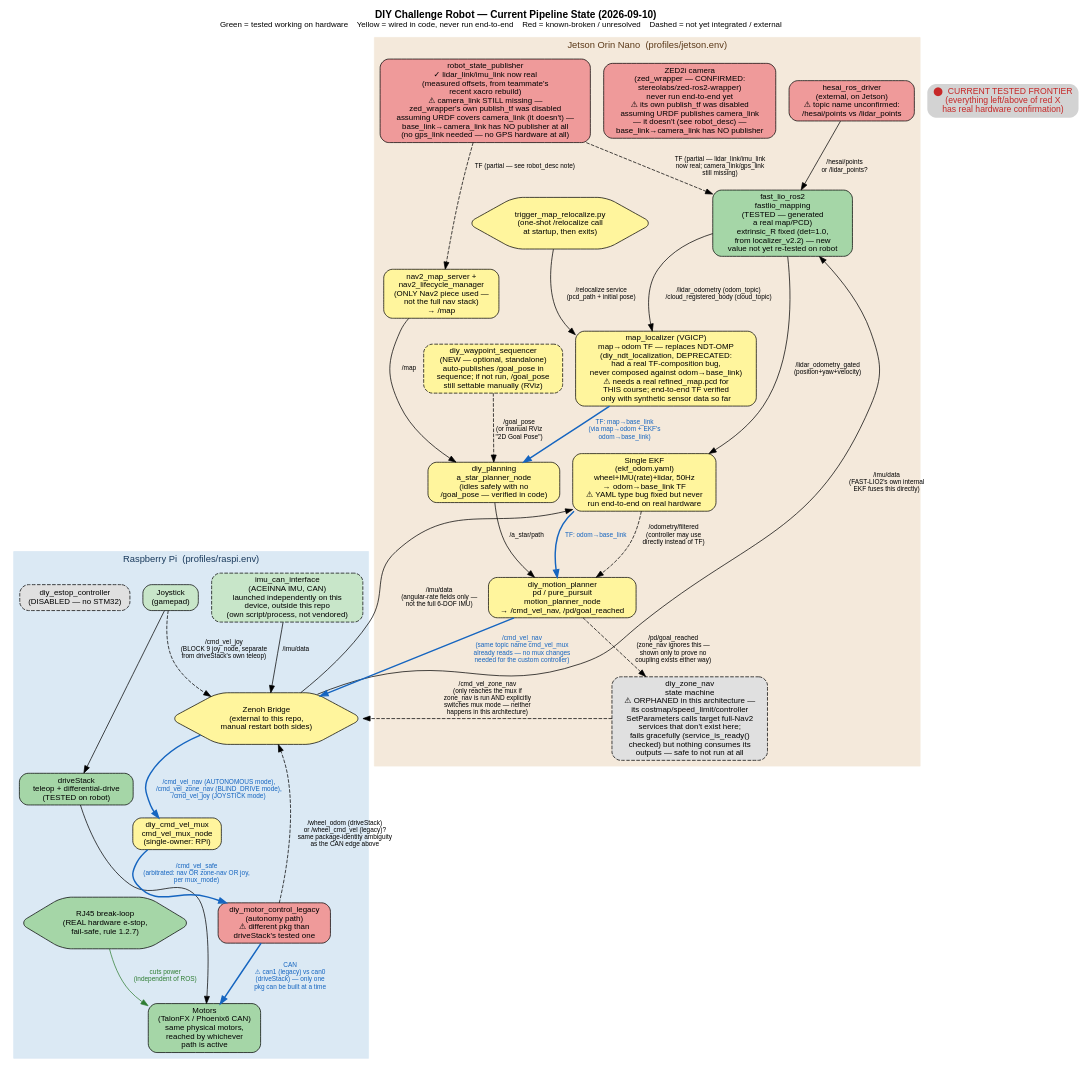
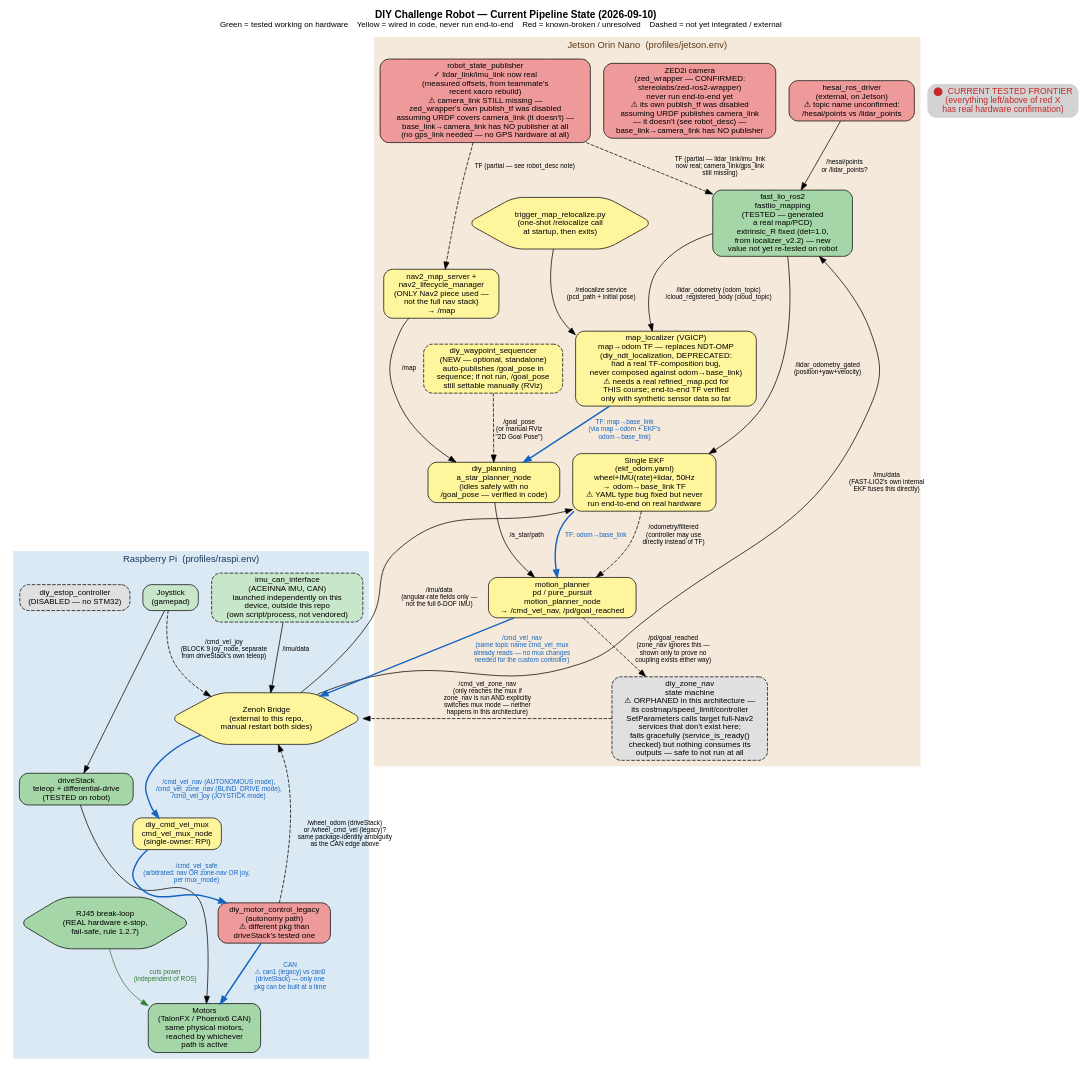
The diagram in docs/pipeline_diagram.dot (Betsybots/DIY-Challenge-Repo), drawn with Graphviz before and after one commit. The commit also changed 68 other files, not shown here.

```diff
--- a/docs/pipeline_diagram.dot
+++ b/docs/pipeline_diagram.dot
@@ -1,85 +1,85 @@
 digraph DIY_Challenge_Pipeline {
   rankdir=TB;
   fontname="Helvetica";
   labelloc="t";
   label=<<b>DIY Challenge Robot — Current Pipeline State (2026-09-10)</b><br/><font point-size="11">Green = tested working on hardware &#160;&#160; Yellow = wired in code, never run end-to-end &#160;&#160; Red = known-broken / unresolved &#160;&#160; Dashed = not yet integrated / external</font>>;
   node [fontname="Helvetica" fontsize=11 shape=box style="rounded,filled"];
   edge [fontname="Helvetica" fontsize=9];
 
   // ===================== RASPBERRY PI =====================
   subgraph cluster_raspi {
     label="Raspberry Pi  (profiles/raspi.env)";
     style=filled; color="#dbe9f4"; fontsize=13; fontcolor="#1a3a5c";
 
     joy       [label="Joystick\n(gamepad)"      fillcolor="#c8e6c9"];
     driveStackTeleop [label="driveStack\nteleop + differential-drive\n(TESTED on robot)" fillcolor="#a5d6a7"];
     motors_manual [label="Motors\n(TalonFX / Phoenix6 CAN)\nsame physical motors,\nreached by whichever\npath is active" fillcolor="#a5d6a7"];
 
     imu_can   [label="imu_can_interface\n(ACEINNA IMU, CAN)\nlaunched independently on this\ndevice, outside this repo\n(own script/process, not vendored)" fillcolor="#c8e6c9" style="rounded,filled,dashed"];
 
     cmd_vel_mux [label="diy_cmd_vel_mux\ncmd_vel_mux_node\n(single-owner: RPi)" fillcolor="#fff59d"];
     motor_auto  [label="diy_motor_control_legacy\n(autonomy path)\n⚠ different pkg than\ndriveStack's tested one" fillcolor="#ef9a9a"];
     estop_ctrl  [label="diy_estop_controller\n(DISABLED — no STM32)" fillcolor="#e0e0e0" style="rounded,filled,dashed"];
     rjbreak     [label="RJ45 break-loop\n(REAL hardware e-stop,\nfail-safe, rule 1.2.7)" shape=hexagon fillcolor="#a5d6a7"];
 
     joy -> driveStackTeleop -> motors_manual;
     rjbreak -> motors_manual [label="cuts power\n(independent of ROS)" color="#2e7d32" fontcolor="#2e7d32"];
 
     cmd_vel_mux -> motor_auto [label="/cmd_vel_safe\n(arbitrated: nav OR zone-nav OR joy,\nper mux_mode)" color="#1565c0" fontcolor="#1565c0" penwidth=2];
     motor_auto -> motors_manual [label="CAN\n⚠ can1 (legacy) vs can0\n(driveStack) — only one\npkg can be built at a time"
                                   color="#1565c0" fontcolor="#1565c0" penwidth=2];
     motor_auto -> zenoh [label="/wheel_odom (driveStack)\nor /wheel_cmd_vel (legacy)?\nsame package-identity ambiguity\nas the CAN edge above" style=dashed];
   }
 
   // ===================== JETSON =====================
   subgraph cluster_jetson {
     label="Jetson Orin Nano  (profiles/jetson.env)";
     style=filled; color="#f4e9db"; fontsize=13; fontcolor="#5c3a1a";
 
     hesai   [label="hesai_ros_driver\n(external, on Jetson)\n⚠ topic name unconfirmed:\n/hesai/points vs /lidar_points" fillcolor="#ef9a9a"];
     zed     [label="ZED2i camera\n(zed_wrapper — CONFIRMED:\nstereolabs/zed-ros2-wrapper)\nnever run end-to-end yet\n⚠ its own publish_tf was disabled\nassuming URDF publishes camera_link\n— it doesn't (see robot_desc) —\nbase_link→camera_link has NO publisher" fillcolor="#ef9a9a"];
 
     fastlio [label="fast_lio_ros2\nfastlio_mapping\n(TESTED — generated\na real map/PCD)\nextrinsic_R fixed (det=1.0,\nfrom localizer_v2.2) — new\nvalue not yet re-tested on robot" fillcolor="#a5d6a7"];
     ekf     [label="Single EKF\n(ekf_odom.yaml)\nwheel+IMU(rate)+lidar, 50Hz\n→ odom→base_link TF\n⚠ YAML type bug fixed but never\nrun end-to-end on real hardware" fillcolor="#fff59d"];
     maplocalizer [label="map_localizer (VGICP)\nmap→odom TF — replaces NDT-OMP\n(diy_ndt_localization, DEPRECATED:\nhad a real TF-composition bug,\nnever composed against odom→base_link)\n⚠ needs a real refined_map.pcd for\nTHIS course; end-to-end TF verified\nonly with synthetic sensor data so far" fillcolor="#fff59d"];
     reloc_trigger [label="trigger_map_relocalize.py\n(one-shot /relocalize call\nat startup, then exits)" shape=hexagon fillcolor="#fff59d"];
 
     map_server [label="nav2_map_server +\nnav2_lifecycle_manager\n(ONLY Nav2 piece used —\nnot the full nav stack)\n→ /map" fillcolor="#fff59d"];
     a_star     [label="diy_planning\na_star_planner_node\n(idles safely with no\n/goal_pose — verified in code)" fillcolor="#fff59d"];
-    pd_ctrl    [label="diy_motion_planner\npd / pure_pursuit\nmotion_planner_node\n→ /cmd_vel_nav, /pd/goal_reached" fillcolor="#fff59d"];
+    pd_ctrl    [label="motion_planner\npd / pure_pursuit\nmotion_planner_node\n→ /cmd_vel_nav, /pd/goal_reached" fillcolor="#fff59d"];
     wp_seq     [label="diy_waypoint_sequencer\n(NEW — optional, standalone)\nauto-publishes /goal_pose in\nsequence; if not run, /goal_pose\nstill settable manually (RViz)" fillcolor="#fff59d" style="rounded,filled,dashed"];
 
     zonenav [label="diy_zone_nav\nstate machine\n⚠ ORPHANED in this architecture —\nits costmap/speed_limit/controller\nSetParameters calls target full-Nav2\nservices that don't exist here;\nfails gracefully (service_is_ready()\nchecked) but nothing consumes its\noutputs — safe to not run at all" fillcolor="#e0e0e0" style="rounded,filled,dashed"];
 
     robot_desc [label="robot_state_publisher\n✓ lidar_link/imu_link now real\n(measured offsets, from teammate's\nrecent xacro rebuild)\n⚠ camera_link STILL missing —\nzed_wrapper's own publish_tf was disabled\nassuming URDF covers camera_link (it doesn't) —\nbase_link→camera_link has NO publisher at all\n(no gps_link needed — no GPS hardware at all)" fillcolor="#ef9a9a"];
 
     hesai -> fastlio [label="/hesai/points\nor /lidar_points?"];
     fastlio -> ekf [label="/lidar_odometry_gated\n(position+yaw+velocity)"];
     fastlio -> maplocalizer [label="/lidar_odometry (odom_topic)\n/cloud_registered_body (cloud_topic)"];
     reloc_trigger -> maplocalizer [label="/relocalize service\n(pcd_path + initial pose)"];
 
     map_server -> a_star [label="/map"];
     maplocalizer -> a_star [label="TF: map→base_link\n(via map→odom + EKF's\nodom→base_link)" color="#1565c0" fontcolor="#1565c0" penwidth=2];
     wp_seq -> a_star [label="/goal_pose\n(or manual RViz\n\"2D Goal Pose\")" style=dashed];
     a_star -> pd_ctrl [label="/a_star/path"];
     ekf -> pd_ctrl [label="TF: odom→base_link" color="#1565c0" fontcolor="#1565c0" penwidth=2];
     ekf -> pd_ctrl [label="/odometry/filtered\n(controller may use\ndirectly instead of TF)" style=dashed];
     pd_ctrl -> zonenav [style=dashed label="/pd/goal_reached\n(zone_nav ignores this —\nshown only to prove no\ncoupling exists either way)"];
     robot_desc -> fastlio [style=dashed label="TF (partial — lidar_link/imu_link\nnow real; camera_link/gps_link\nstill missing)"];
     robot_desc -> map_server [style=dashed label="TF (partial — see robot_desc note)"];
   }
 
   // ===================== CROSS-MACHINE =====================
   zenoh [label="Zenoh Bridge\n(external to this repo,\nmanual restart both sides)" shape=hexagon fillcolor="#fff59d"];
 
   imu_can -> zenoh [label="/imu/data"];
   zenoh -> fastlio [label="/imu/data\n(FAST-LIO2's own internal\nEKF fuses this directly)"];
   zenoh -> ekf [label="/imu/data\n(angular-rate fields only —\nnot the full 6-DOF IMU)"];
   pd_ctrl -> zenoh [label="/cmd_vel_nav\n(same topic name cmd_vel_mux\nalready reads — no mux changes\nneeded for the custom controller)" color="#1565c0" fontcolor="#1565c0" penwidth=2];
   zonenav -> zenoh [style=dashed label="/cmd_vel_zone_nav\n(only reaches the mux if\nzone_nav is run AND explicitly\nswitches mux mode — neither\nhappens in this architecture)"];
   joy -> zenoh [style=dashed label="/cmd_vel_joy\n(BLOCK 9 joy_node, separate\nfrom driveStack's own teleop)"];
   zenoh -> cmd_vel_mux [label="/cmd_vel_nav (AUTONOMOUS mode),\n/cmd_vel_zone_nav (BLIND_DRIVE mode),\n/cmd_vel_joy (JOYSTICK mode)" color="#1565c0" fontcolor="#1565c0" penwidth=2];
 
   // ===================== FRONTIER MARKER =====================
   frontier [label="⬤  CURRENT TESTED FRONTIER\n(everything left/above of red X\nhas real hardware confirmation)" shape=plaintext fontcolor="#c62828" fontsize=12];
 }
```
